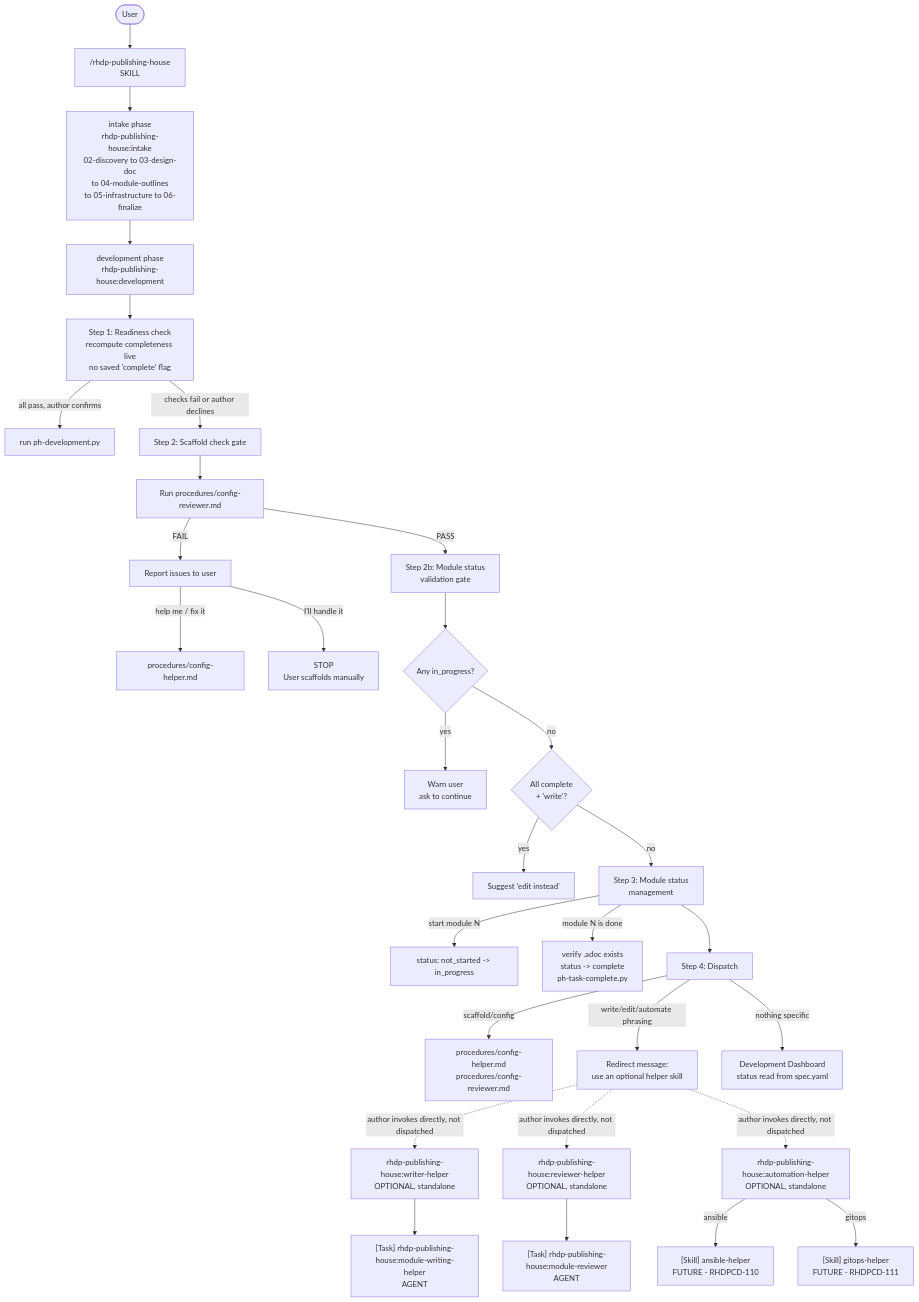
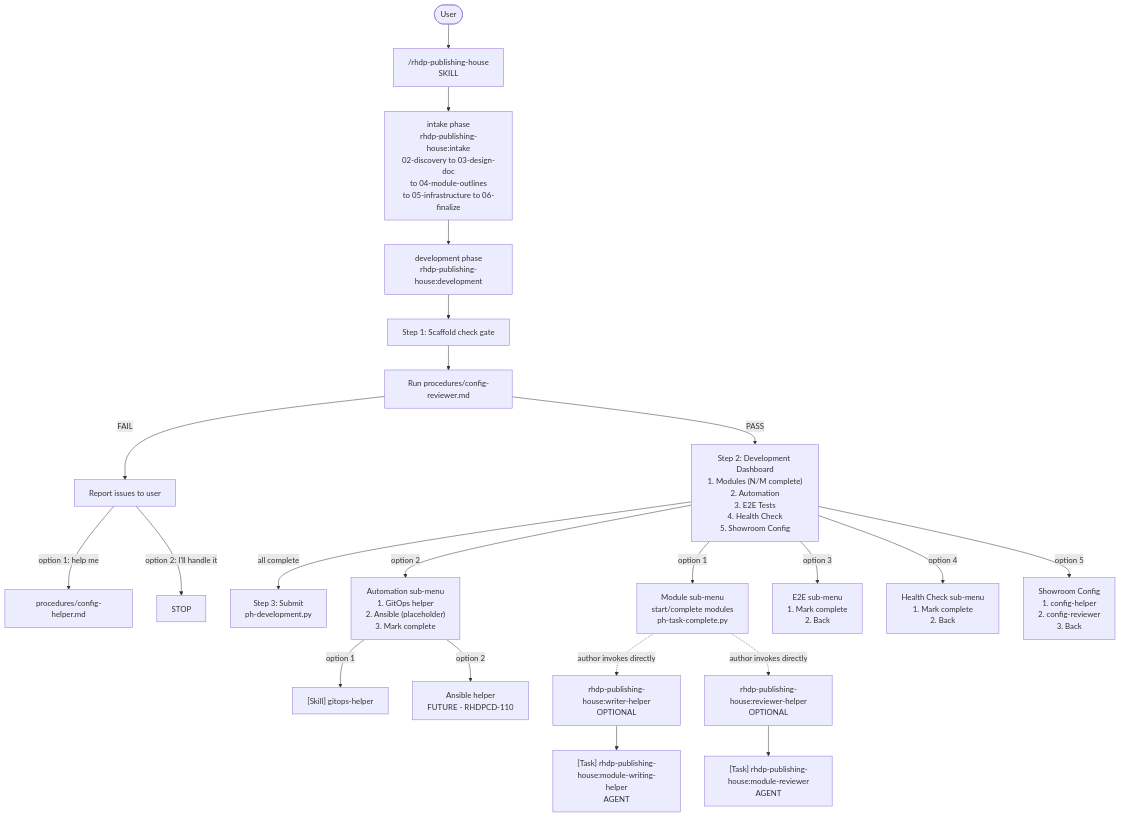
Before and after one commit to rhpds/rhdp-publishing-house-skills: the diagram in skills/development/references/workflow-diagram.md, drawn with Mermaid. The commit also changed other lines of this file and 3 other files, not shown here.

````diff
--- a/skills/development/references/workflow-diagram.md
+++ b/skills/development/references/workflow-diagram.md
@@ -10,41 +10,34 @@
 ```mermaid
 flowchart TD
     User([User]) --> PH["/rhdp-publishing-house\nSKILL"]
 
     PH --> Intake["intake phase\nrhdp-publishing-house:intake\n02-discovery to 03-design-doc\nto 04-module-outlines\nto 05-infrastructure to 06-finalize"]
 
     Intake --> Dev["development phase\nrhdp-publishing-house:development"]
 
-    Dev --> S1["Step 1: Readiness check\nrecompute completeness live\nno saved 'complete' flag"]
-    S1 -->|all pass, author confirms| Submit["run ph-development.py"]
-    S1 -->|checks fail or author declines| S2["Step 2: Scaffold check gate"]
+    Dev --> S1["Step 1: Scaffold check gate"]
+    S1 --> CR["Run procedures/config-reviewer.md"]
+    CR -->|PASS| Dashboard
+    CR -->|FAIL| Issues["Report issues to user"]
+    Issues -->|option 1: help me| CH["procedures/config-helper.md"]
+    Issues -->|option 2: I'll handle it| STOP1["STOP"]
 
-    S2 --> CR["Run procedures/config-reviewer.md"]
-    CR -->|PASS| S2b["Step 2b: Module status\nvalidation gate"]
-    CR -->|FAIL| Issues["Report issues to user"]
-    Issues -->|help me / fix it| CH["procedures/config-helper.md"]
-    Issues -->|I'll handle it| STOP1["STOP\nUser scaffolds manually"]
+    Dashboard["Step 2: Development Dashboard\n1. Modules (N/M complete)\n2. Automation\n3. E2E Tests\n4. Health Check\n5. Showroom Config"]
 
-    S2b --> InProgress{"Any in_progress?"}
-    InProgress -->|yes| Warn["Warn user\nask to continue"]
-    InProgress -->|no| AllComplete{"All complete\n+ 'write'?"}
-    AllComplete -->|yes| Suggest["Suggest 'edit instead'"]
-    AllComplete -->|no| S3["Step 3: Module status\nmanagement"]
+    Dashboard -->|all complete| Submit["Step 3: Submit\nph-development.py"]
 
-    S3 -->|"start module N"| InProg["status: not_started -> in_progress"]
-    S3 -->|"module N is done"| Complete["verify .adoc exists\nstatus -> complete\nph-task-complete.py"]
+    Dashboard -->|option 1| Modules["Module sub-menu\nstart/complete modules\nph-task-complete.py"]
+    Dashboard -->|option 2| Auto["Automation sub-menu\n1. GitOps helper\n2. Ansible (placeholder)\n3. Mark complete"]
+    Dashboard -->|option 3| E2E["E2E sub-menu\n1. Mark complete\n2. Back"]
+    Dashboard -->|option 4| HC["Health Check sub-menu\n1. Mark complete\n2. Back"]
+    Dashboard -->|option 5| Config["Showroom Config\n1. config-helper\n2. config-reviewer\n3. Back"]
 
-    S3 --> S4["Step 4: Dispatch"]
-    S4 -->|scaffold/config| CH2["procedures/config-helper.md\nprocedures/config-reviewer.md"]
-    S4 -->|write/edit/automate phrasing| Redirect["Redirect message:\nuse an optional helper skill"]
-    S4 -->|nothing specific| Dashboard["Development Dashboard\nstatus read from spec.yaml"]
+    Auto -->|option 1| GH["[Skill] gitops-helper"]
+    Auto -->|option 2| AH["Ansible helper\nFUTURE - RHDPCD-110"]
 
-    Redirect -.->|author invokes directly, not dispatched| WriterHelper["rhdp-publishing-house:writer-helper\nOPTIONAL, standalone"]
-    Redirect -.->|author invokes directly, not dispatched| ReviewerHelper["rhdp-publishing-house:reviewer-helper\nOPTIONAL, standalone"]
-    Redirect -.->|author invokes directly, not dispatched| AutomationHelper["rhdp-publishing-house:automation-helper\nOPTIONAL, standalone"]
+    Modules -.->|author invokes directly| WriterHelper["rhdp-publishing-house:writer-helper\nOPTIONAL"]
+    Modules -.->|author invokes directly| ReviewerHelper["rhdp-publishing-house:reviewer-helper\nOPTIONAL"]
 
     WriterHelper --> MWH["[Task] rhdp-publishing-house:module-writing-helper\nAGENT"]
     ReviewerHelper --> MR["[Task] rhdp-publishing-house:module-reviewer\nAGENT"]
-    AutomationHelper -->|ansible| AH["[Skill] ansible-helper\nFUTURE - RHDPCD-110"]
-    AutomationHelper -->|gitops| GH["[Skill] gitops-helper\nFUTURE - RHDPCD-111"]
 ```
````
